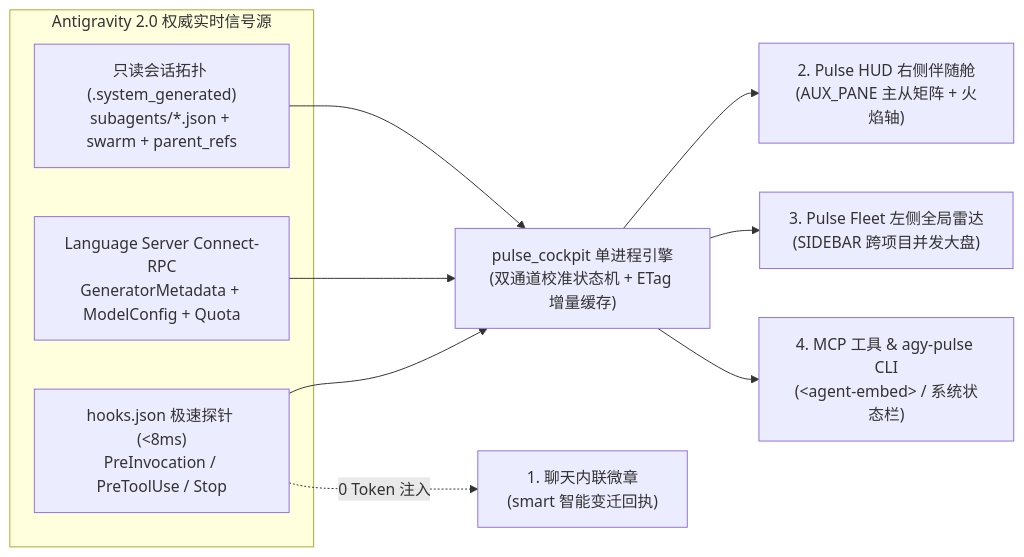
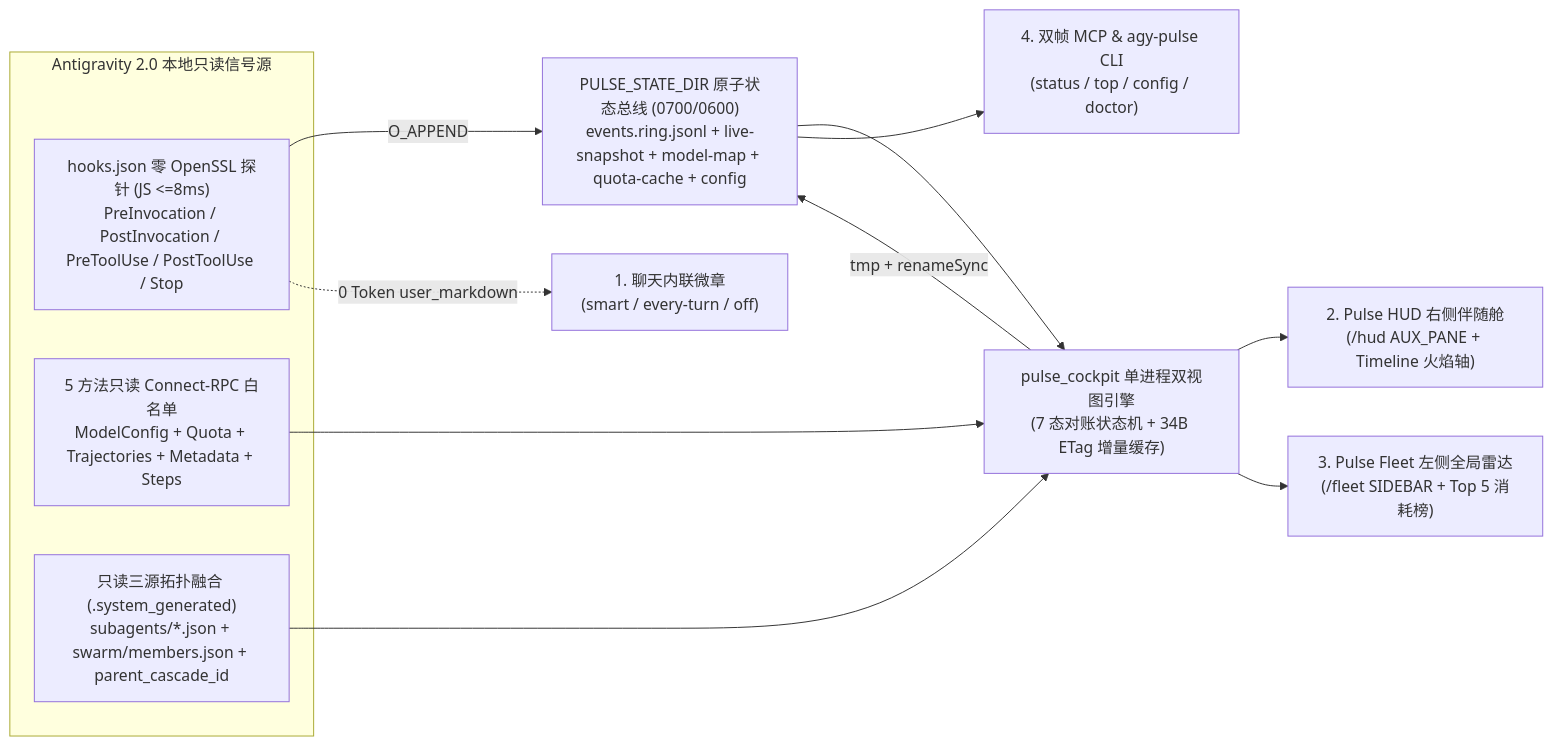
The diagram in README.md (springtian1982/antigravity-pulse), drawn with Mermaid before and after one commit. The commit also changed other lines of this file and 11 other files, not shown here.

````diff
--- a/README.md
+++ b/README.md
@@ -34,19 +56,22 @@
 ```mermaid
 flowchart LR
-  subgraph Sources["Antigravity 2.0 权威实时信号源"]
-    Hook["hooks.json 极速探针 (&lt;8ms)<br/>PreInvocation / PreToolUse / Stop"]
-    RPC["Language Server Connect-RPC<br/>GeneratorMetadata + ModelConfig + Quota"]
-    Topo["只读会话拓扑 (.system_generated)<br/>subagents/*.json + swarm + parent_refs"]
+  subgraph Sources["Antigravity 2.0 本地只读信号源"]
+    Hook["hooks.json 零 OpenSSL 探针 (JS &lt;=8ms)<br/>PreInvocation / PostInvocation / PreToolUse / PostToolUse / Stop"]
+    RPC["5 方法只读 Connect-RPC 白名单<br/>ModelConfig + Quota + Trajectories + Metadata + Steps"]
+    Topo["只读三源拓扑融合 (.system_generated)<br/>subagents/*.json + swarm/members.json + parent_cascade_id"]
   end
 
-  Core["pulse_cockpit 单进程引擎<br/>(双通道校准状态机 + ETag 增量缓存)"]
+  Bus["PULSE_STATE_DIR 原子状态总线 (0700/0600)<br/>events.ring.jsonl + live-snapshot + model-map + quota-cache + config"]
+  Core["pulse_cockpit 单进程双视图引擎<br/>(7 态对账状态机 + 34B ETag 增量缓存)"]
 
-  Hook --> Core
+  Hook -->|"O_APPEND"| Bus
+  Bus --> Core
   RPC --> Core
   Topo --> Core
+  Core -->|"tmp + renameSync"| Bus
 
-  Hook -.->|"0 Token 注入"| S1["1. 聊天内联微章<br/>(smart 智能变迁回执)"]
-  Core --> S2["2. Pulse HUD 右侧伴随舱<br/>(AUX_PANE 主从矩阵 + 火焰轴)"]
-  Core --> S3["3. Pulse Fleet 左侧全局雷达<br/>(SIDEBAR 跨项目并发大盘)"]
-  Core --> S4["4. MCP 工具 &amp; agy-pulse CLI<br/>(&lt;agent-embed&gt; / 系统状态栏)"]
+  Hook -.->|"0 Token user_markdown"| S1["1. 聊天内联微章<br/>(smart / every-turn / off)"]
+  Core --> S2["2. Pulse HUD 右侧伴随舱<br/>(/hud AUX_PANE + Timeline 火焰轴)"]
+  Core --> S3["3. Pulse Fleet 左侧全局雷达<br/>(/fleet SIDEBAR + Top 5 消耗榜)"]
+  Bus --> S4["4. 双帧 MCP &amp; agy-pulse CLI<br/>(status / top / config / doctor)"]
 ```
````
